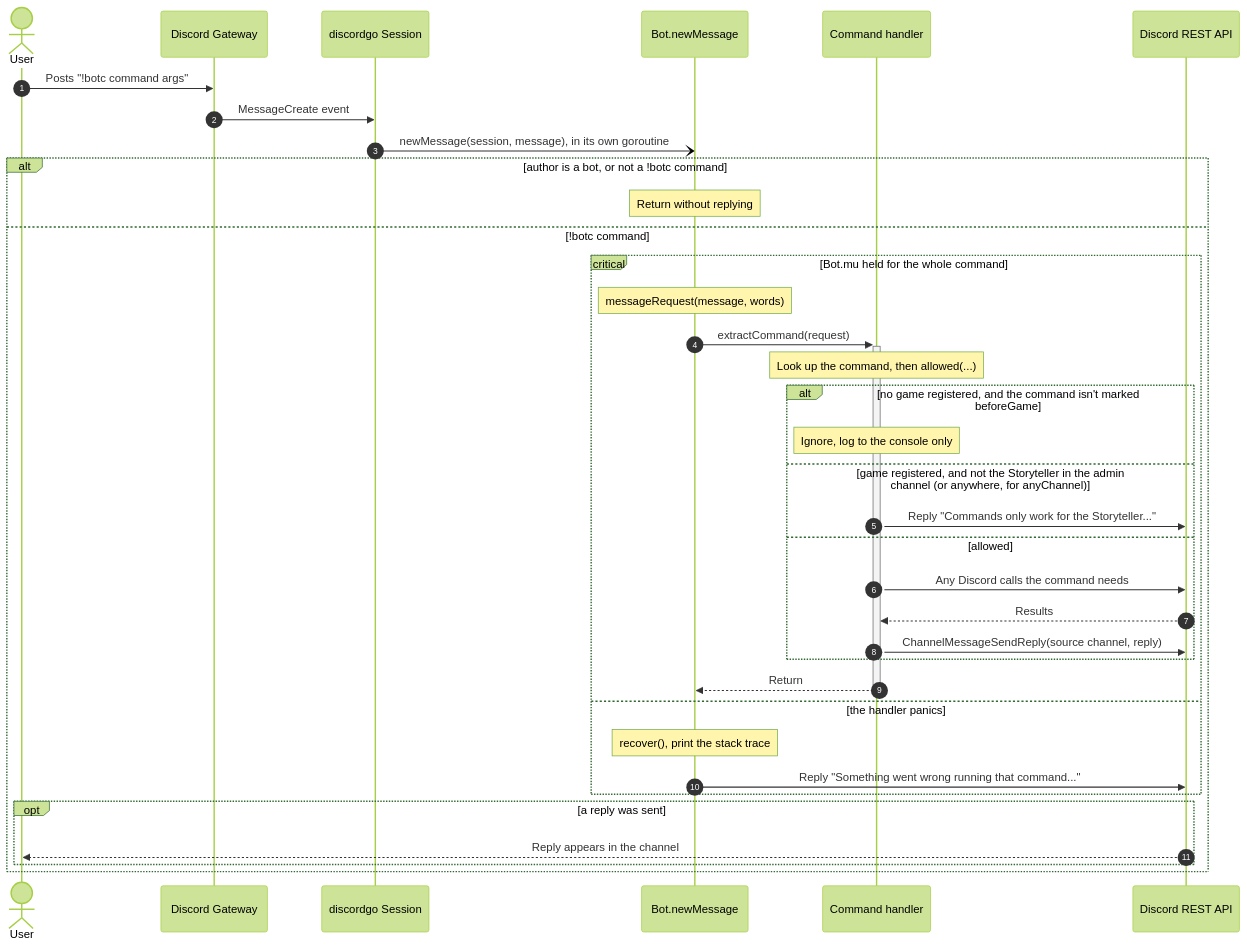
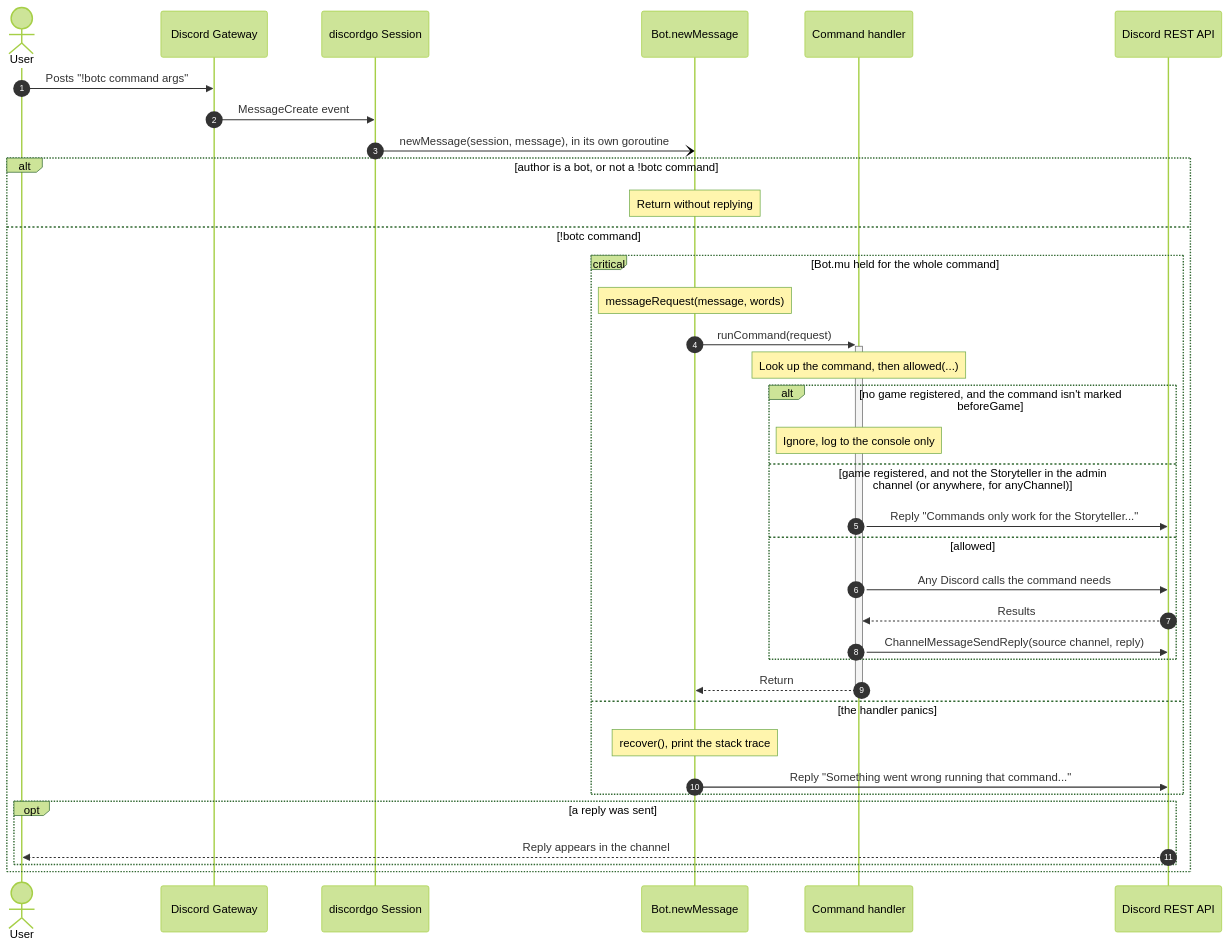
Before and after one commit to RAGNOARAKNOS/BotOnTheClocktower: the second of 6 diagrams in docs/uml/command-dispatch.md, drawn with Mermaid (forest theme). The commit also changed other lines of this file and 33 other files, not shown here.

````diff
--- a/docs/uml/command-dispatch.md
+++ b/docs/uml/command-dispatch.md
@@ -54,39 +54,39 @@
 ```mermaid
 sequenceDiagram
     autonumber
     actor User
     participant Gateway as Discord Gateway
     participant Session as discordgo Session
     participant Bot as Bot.newMessage
     participant Handler as Command handler
     participant REST as Discord REST API
 
     User->>Gateway: Posts "!botc command args"
     Gateway->>Session: MessageCreate event
     Session-)Bot: newMessage(session, message), in its own goroutine
     alt author is a bot, or not a !botc command
         Note over Bot: Return without replying
     else !botc command
         critical Bot.mu held for the whole command
             Note over Bot: messageRequest(message, words)
-            Bot->>+Handler: extractCommand(request)
+            Bot->>+Handler: runCommand(request)
             Note over Handler: Look up the command, then allowed(...)
             alt no game registered, and the command isn't marked beforeGame
                 Note over Handler: Ignore, log to the console only
             else game registered, and not the Storyteller in the admin channel (or anywhere, for anyChannel)
                 Handler->>REST: Reply "Commands only work for the Storyteller..."
             else allowed
                 Handler->>REST: Any Discord calls the command needs
                 REST-->>Handler: Results
                 Handler->>REST: ChannelMessageSendReply(source channel, reply)
             end
             Handler-->>-Bot: Return
         option the handler panics
             Note over Bot: recover(), print the stack trace
             Bot->>REST: Reply "Something went wrong running that command..."
         end
         opt a reply was sent
             REST-->>User: Reply appears in the channel
         end
     end
 ```
````
